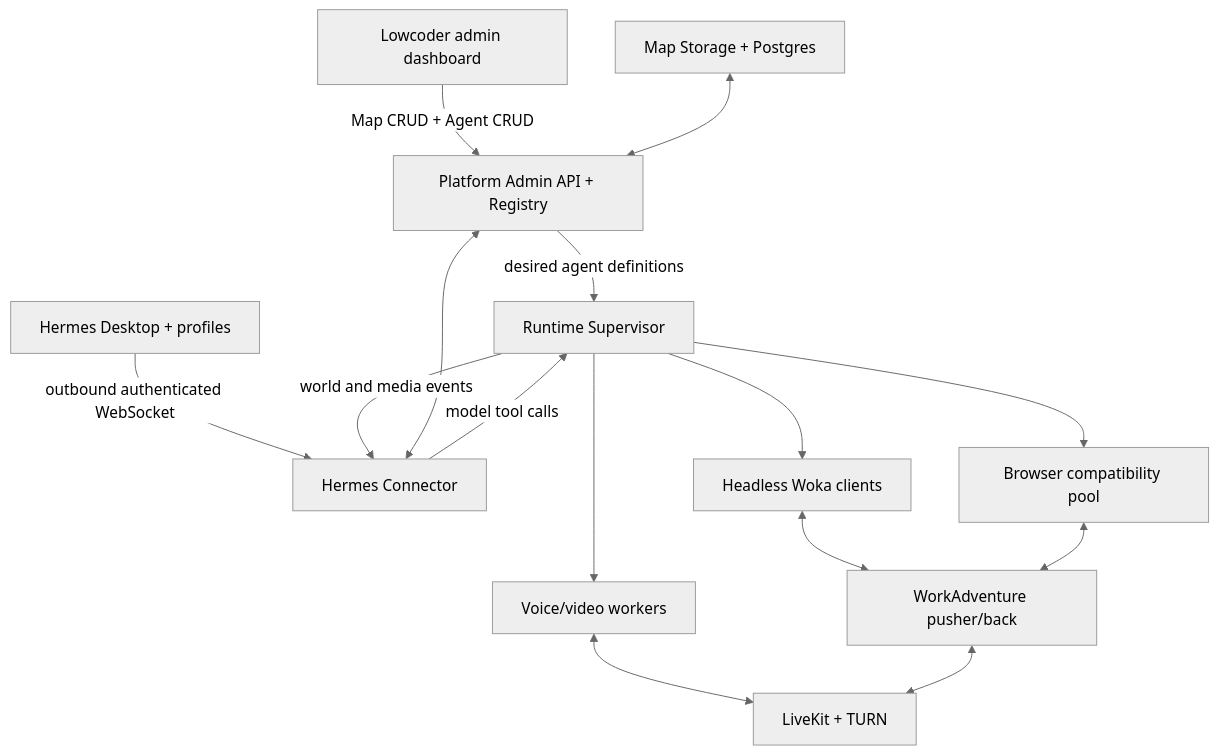
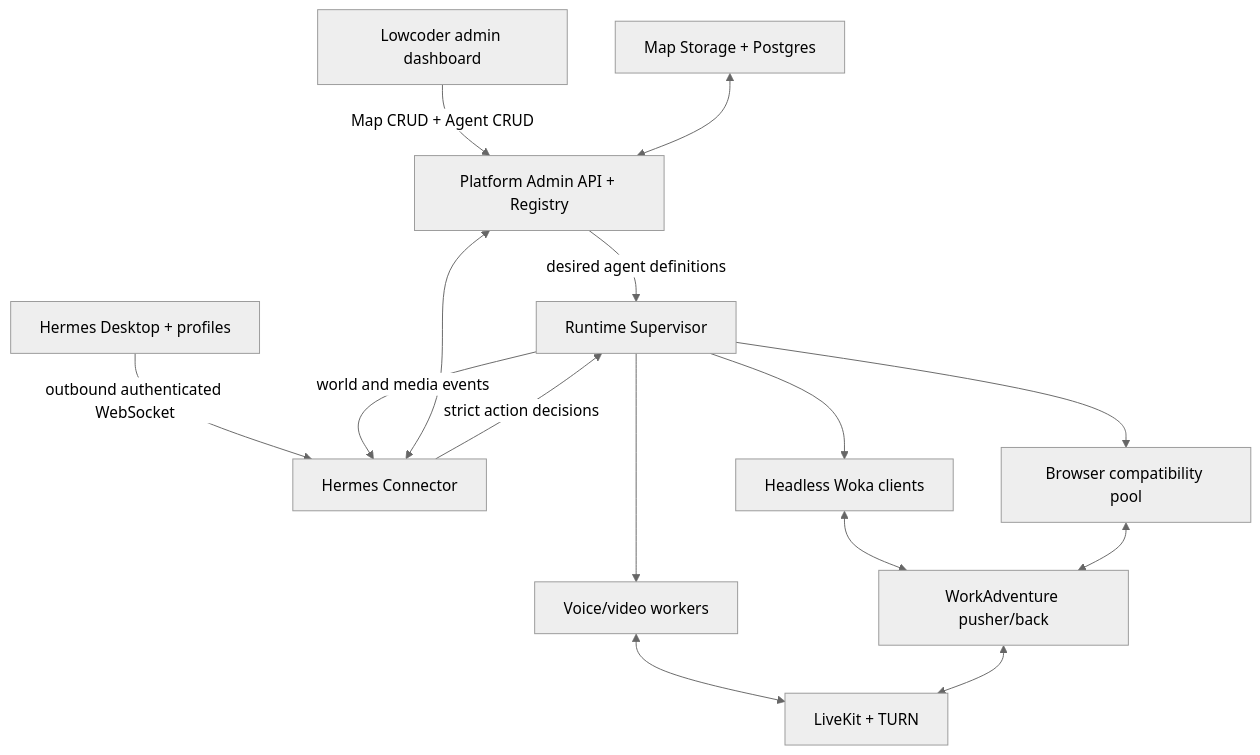
One commit to WilliamHankey/workadventure changed the first of 2 diagrams in docs/agent-platform/blueprint.md. Above: the diagram before and after it, drawn with Mermaid (neutral theme). The commit also changed other lines of this file and 7 other files, not shown here.

Commit message:
fix(hermes): execute strict model decision envelopes

````diff
--- a/docs/agent-platform/blueprint.md
+++ b/docs/agent-platform/blueprint.md
@@ -126,17 +126,17 @@
 ```mermaid
 flowchart TD
     L["Lowcoder admin dashboard"] -->|Map CRUD + Agent CRUD| C["Platform Admin API + Registry"]
     A["Map Storage + Postgres"] <--> C
     H["Hermes Desktop + profiles"] -->|outbound authenticated WebSocket| X["Hermes Connector"]
     X <--> C
     C -->|desired agent definitions| R["Runtime Supervisor"]
-    X -->|model tool calls| R
+    X -->|strict action decisions| R
     R -->|world and media events| X
     R --> B["Headless Woka clients"]
     R --> M["Voice/video workers"]
     R --> P["Browser compatibility pool"]
     B <--> W["WorkAdventure pusher/back"]
     M <--> K["LiveKit + TURN"]
     P <--> W
     W <--> K
 ```
````
